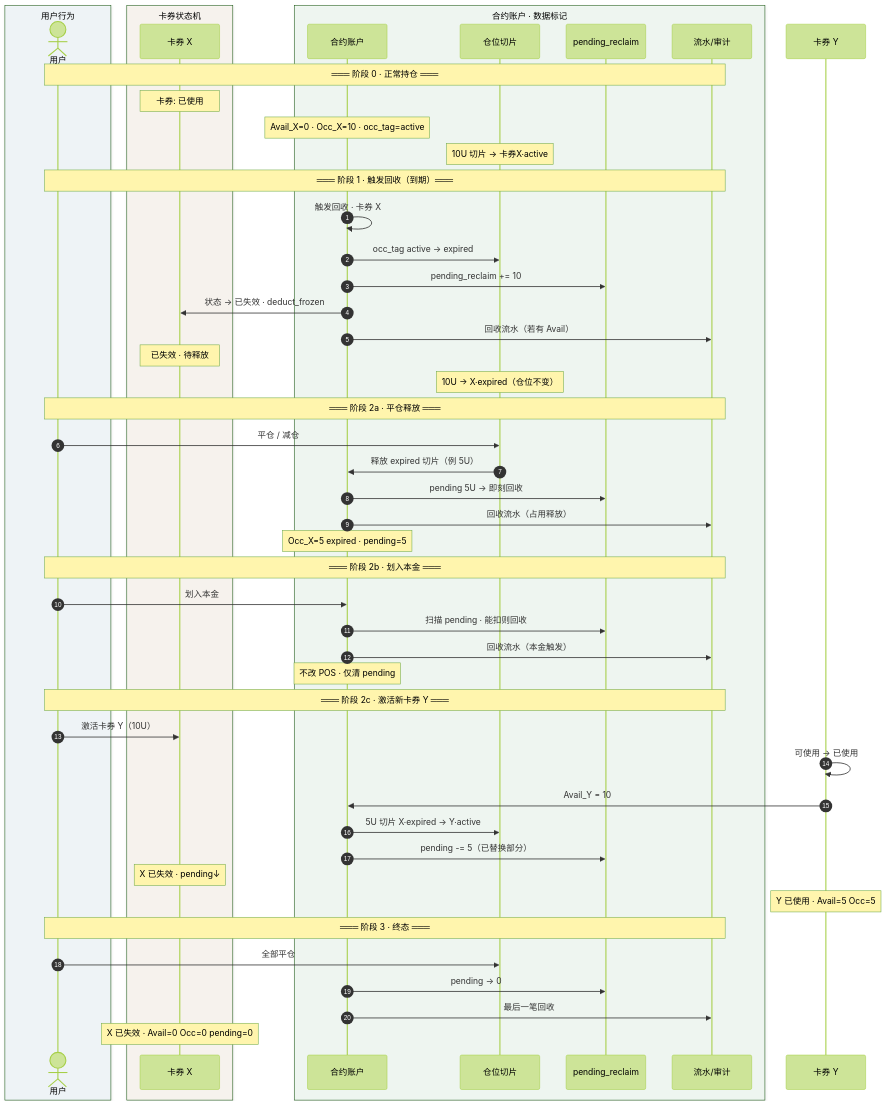
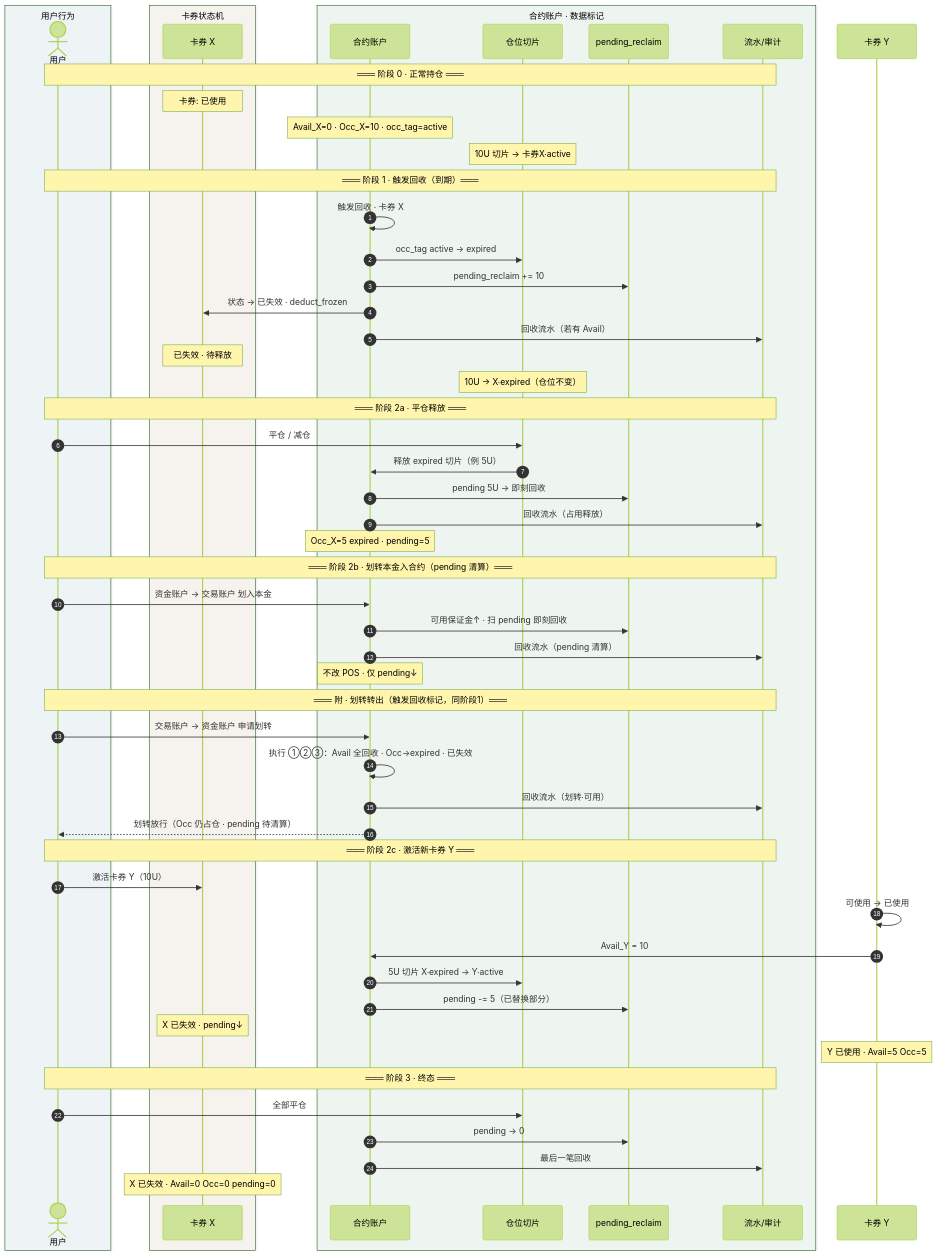
The sixth of 10 diagrams in document/web&后台/体验金回收机制改版方案.md (DashuaibiZZY/prototype), drawn with Mermaid (forest theme) before and after one commit. The commit also changed other lines of this file and 2 other files, not shown here.

First line of the commit message:
文档：澄清双图分工与划转转出回收规则

````diff
--- a/document/web&后台/体验金回收机制改版方案.md
+++ b/document/web&后台/体验金回收机制改版方案.md
@@ -221,59 +254,65 @@
 ```mermaid
 sequenceDiagram
     autonumber
     box rgba(240,249,255,0.5) 用户行为
         actor U as 用户
     end
     box rgba(255,247,237,0.5) 卡券状态机
         participant CX as 卡券 X
     end
     box rgba(240,253,244,0.5) 合约账户 · 数据标记
         participant AC as 合约账户
         participant POS as 仓位切片
         participant PR as pending_reclaim
         participant LG as 流水/审计
     end
 
     Note over U,LG: ═══ 阶段 0 · 正常持仓 ═══
     Note over CX: 卡券: 已使用
     Note over AC: Avail_X=0 · Occ_X=10 · occ_tag=active
     Note over POS: 10U 切片 → 卡券X·active
 
     Note over U,LG: ═══ 阶段 1 · 触发回收（到期）═══
     AC->>AC: 触发回收 · 卡券 X
     AC->>POS: occ_tag active → expired
     AC->>PR: pending_reclaim += 10
     AC->>CX: 状态 → 已失效 · deduct_frozen
     AC->>LG: 回收流水（若有 Avail）
     Note over CX: 已失效 · 待释放
     Note over POS: 10U → X·expired（仓位不变）
 
     Note over U,LG: ═══ 阶段 2a · 平仓释放 ═══
     U->>POS: 平仓 / 减仓
     POS->>AC: 释放 expired 切片（例 5U）
     AC->>PR: pending 5U → 即刻回收
     AC->>LG: 回收流水（占用释放）
     Note over AC: Occ_X=5 expired · pending=5
 
-    Note over U,LG: ═══ 阶段 2b · 划入本金 ═══
-    U->>AC: 划入本金
-    AC->>PR: 扫描 pending · 能扣则回收
-    AC->>LG: 回收流水（本金触发）
-    Note over AC: 不改 POS · 仅清 pending
+    Note over U,LG: ═══ 阶段 2b · 划转本金入合约（pending 清算）═══
+    U->>AC: 资金账户 → 交易账户 划入本金
+    AC->>PR: 可用保证金↑ · 扫 pending 即刻回收
+    AC->>LG: 回收流水（pending 清算）
+    Note over AC: 不改 POS · 仅 pending↓
+
+    Note over U,LG: ═══ 附 · 划转转出（触发回收标记，同阶段1）═══
+    U->>AC: 交易账户 → 资金账户 申请划转
+    AC->>AC: 执行 ①②③：Avail 全回收 · Occ→expired · 已失效
+    AC->>LG: 回收流水（划转·可用）
+    AC-->>U: 划转放行（Occ 仍占仓 · pending 待清算）
 
     Note over U,LG: ═══ 阶段 2c · 激活新卡券 Y ═══
     U->>CX: 激活卡券 Y（10U）
     participant CY as 卡券 Y
     CY->>CY: 可使用 → 已使用
     CY->>AC: Avail_Y = 10
     AC->>POS: 5U 切片 X·expired → Y·active
     AC->>PR: pending -= 5（已替换部分）
     Note over CX: X 已失效 · pending↓
     Note over CY: Y 已使用 · Avail=5 Occ=5
 
     Note over U,LG: ═══ 阶段 3 · 终态 ═══
     U->>POS: 全部平仓
     AC->>PR: pending → 0
     AC->>LG: 最后一笔回收
     Note over CX: X 已失效 · Avail=0 Occ=0 pending=0
 ```
````
